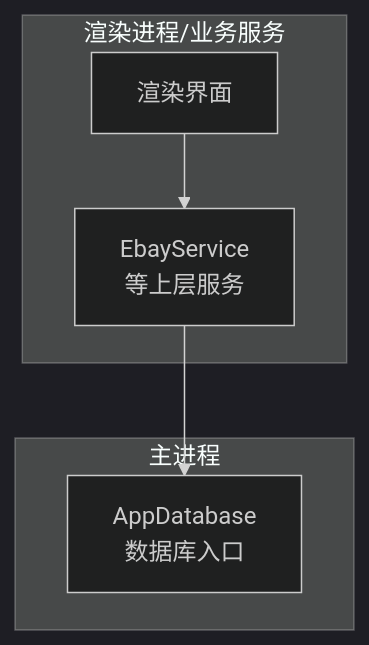
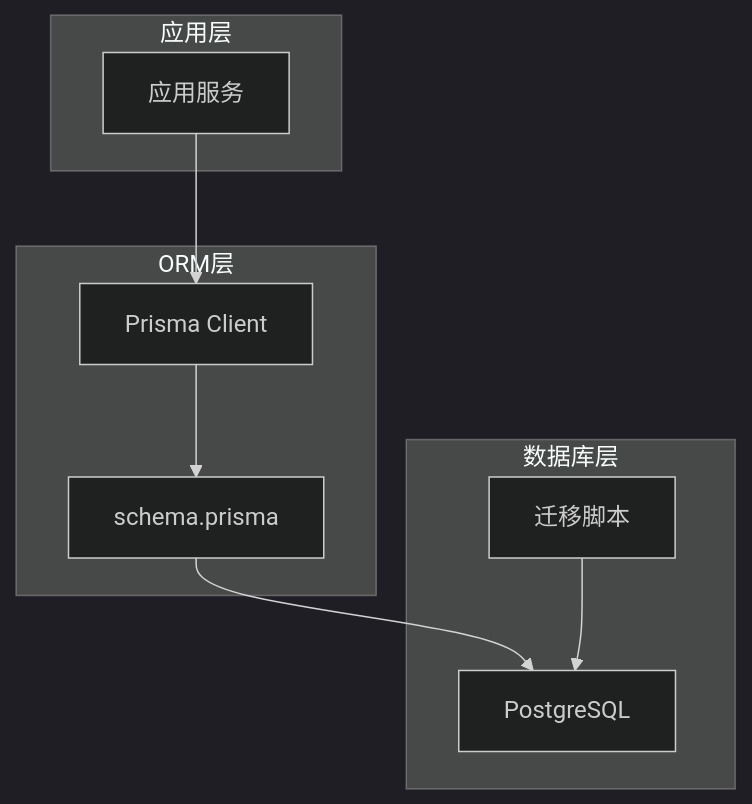
Before and after one commit to iljahofbauer219-lang/yandu: the first of 5 diagrams in .qoder/repowiki/zh/content/数据模型/数据库模式设计.md, drawn with Mermaid (dark theme). The commit also changed other lines of this file and 340 other files, not shown here.

````diff
--- a/.qoder/repowiki/zh/content/数据模型/数据库模式设计.md
+++ b/.qoder/repowiki/zh/content/数据模型/数据库模式设计.md
@@ -30,12 +46,18 @@
 ```mermaid
 graph TB
-subgraph "主进程"
-DB["AppDatabase<br/>数据库入口"]
+subgraph "应用层"
+App["应用服务"]
 end
-subgraph "渲染进程/业务服务"
-SvcA["EbayService<br/>等上层服务"]
-UI["渲染界面"]
+subgraph "ORM层"
+Prisma["Prisma Client"]
+Schema["schema.prisma"]
 end
-SvcA --> DB
-UI --> SvcA
+subgraph "数据库层"
+PG["PostgreSQL"]
+Migrations["迁移脚本"]
+end
+App --> Prisma
+Prisma --> Schema
+Schema --> PG
+Migrations --> PG
 ```
````
